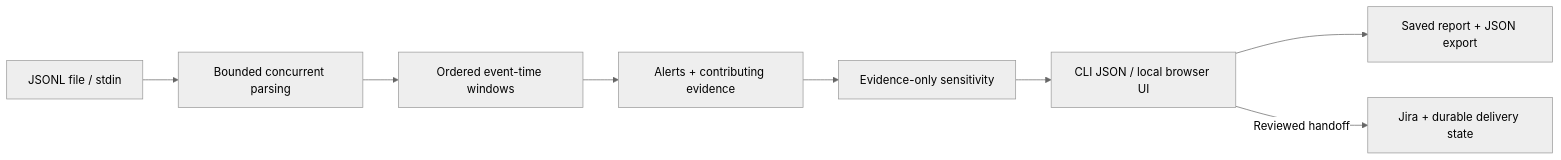
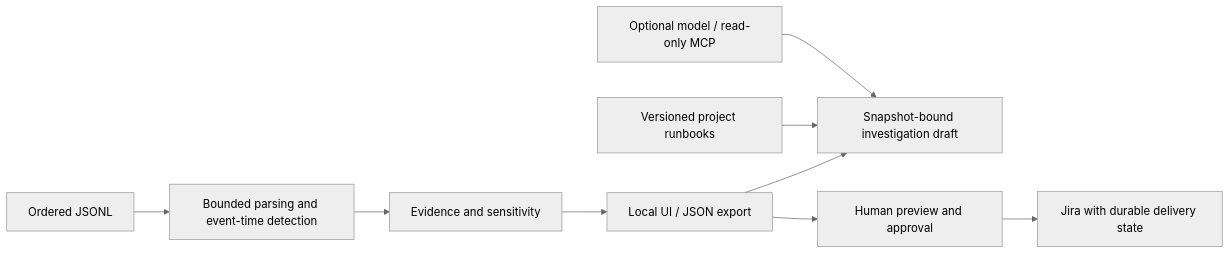
Before and after one commit to theprideofwolves/logflow: the diagram in README.md, drawn with Mermaid (neutral theme). The commit also changed other lines of this file and 30 other files, not shown here.

Commit message:
Add local-first evidence companion and guarded investigation tools

````diff
--- a/README.md
+++ b/README.md
@@ -62,10 +52,11 @@
 ```mermaid
 flowchart LR
-    A[JSONL file / stdin] --> B[Bounded concurrent parsing]
-    B --> C[Ordered event-time windows]
-    C --> D[Alerts + contributing evidence]
-    D --> S[Evidence-only sensitivity]
-    S --> E[CLI JSON / local browser UI]
-    E --> F[Saved report + JSON export]
-    E -->|Reviewed handoff| G[Jira + durable delivery state]
+    A[Ordered JSONL] --> B[Bounded parsing and event-time detection]
+    B --> C[Evidence and sensitivity]
+    C --> D[Local UI / JSON export]
+    D --> E[Snapshot-bound investigation draft]
+    R[Versioned project runbooks] --> E
+    M[Optional model / read-only MCP] --> E
+    D --> P[Human preview and approval]
+    P --> J[Jira with durable delivery state]
 ```
````
